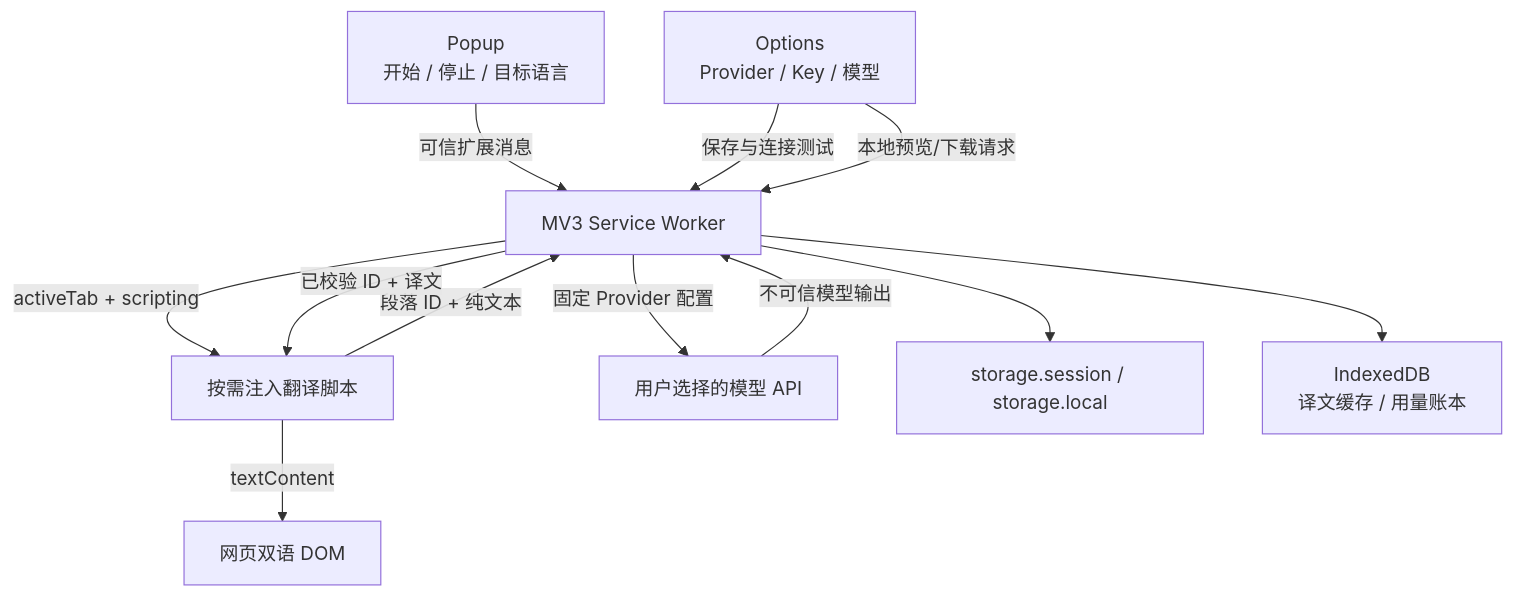
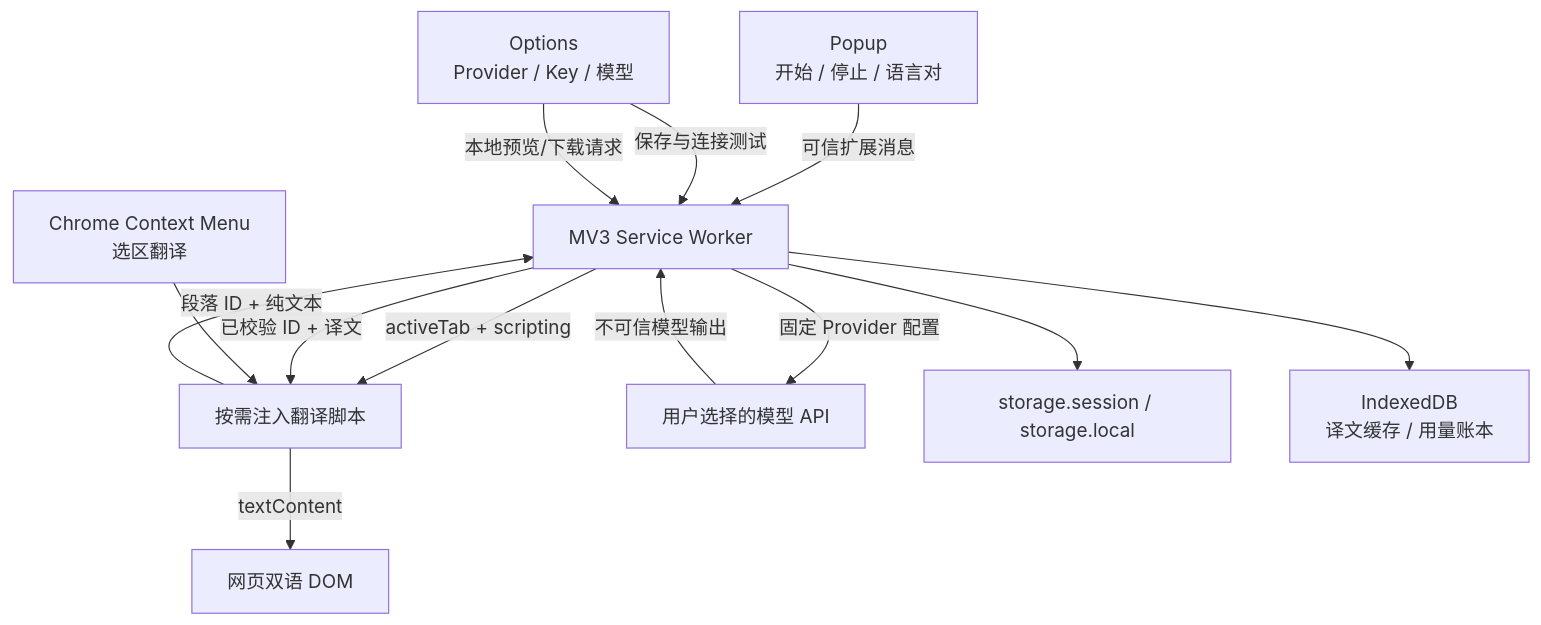
The diagram in docs/ARCHITECTURE.md (frealcat/TextDuet), drawn with Mermaid before and after one commit. The commit also changed other lines of this file and 51 other files, not shown here.

````diff
--- a/docs/ARCHITECTURE.md
+++ b/docs/ARCHITECTURE.md
@@ -22,14 +22,15 @@
 ```mermaid
 flowchart TD
-    P["Popup\n开始 / 停止 / 目标语言"] -->|"可信扩展消息"| B["MV3 Service Worker"]
+    P["Popup\n开始 / 停止 / 语言对"] -->|"可信扩展消息"| B["MV3 Service Worker"]
     O["Options\nProvider / Key / 模型"] -->|"保存与连接测试"| B
     B -->|"activeTab + scripting"| C["按需注入翻译脚本"]
     C -->|"段落 ID + 纯文本"| B
     B -->|"固定 Provider 配置"| A["用户选择的模型 API"]
     A -->|"不可信模型输出"| B
     B -->|"已校验 ID + 译文"| C
     C -->|"textContent"| D["网页双语 DOM"]
     B --> S["storage.session / storage.local"]
     B --> T["IndexedDB\n译文缓存 / 用量账本"]
     O -->|"本地预览/下载请求"| B
+    M["Chrome Context Menu\n选区翻译"] --> C
 ```
````
